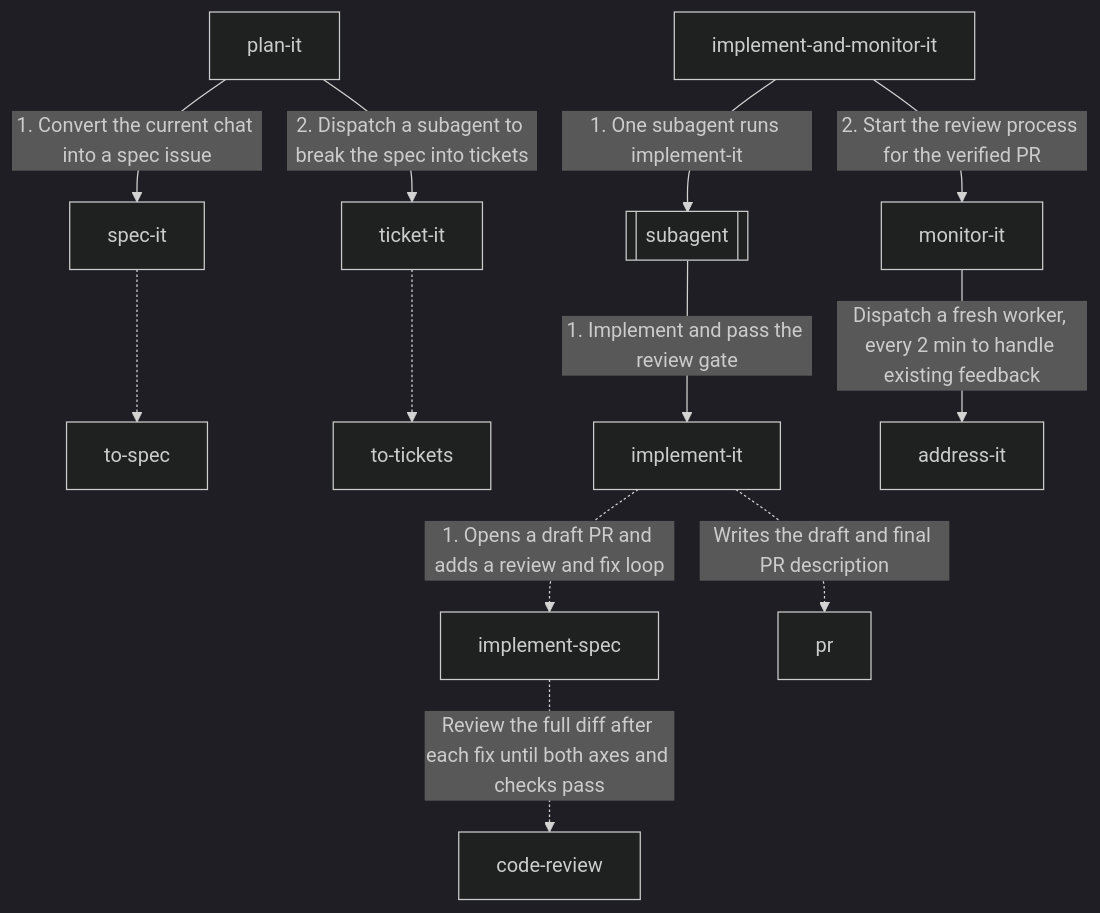
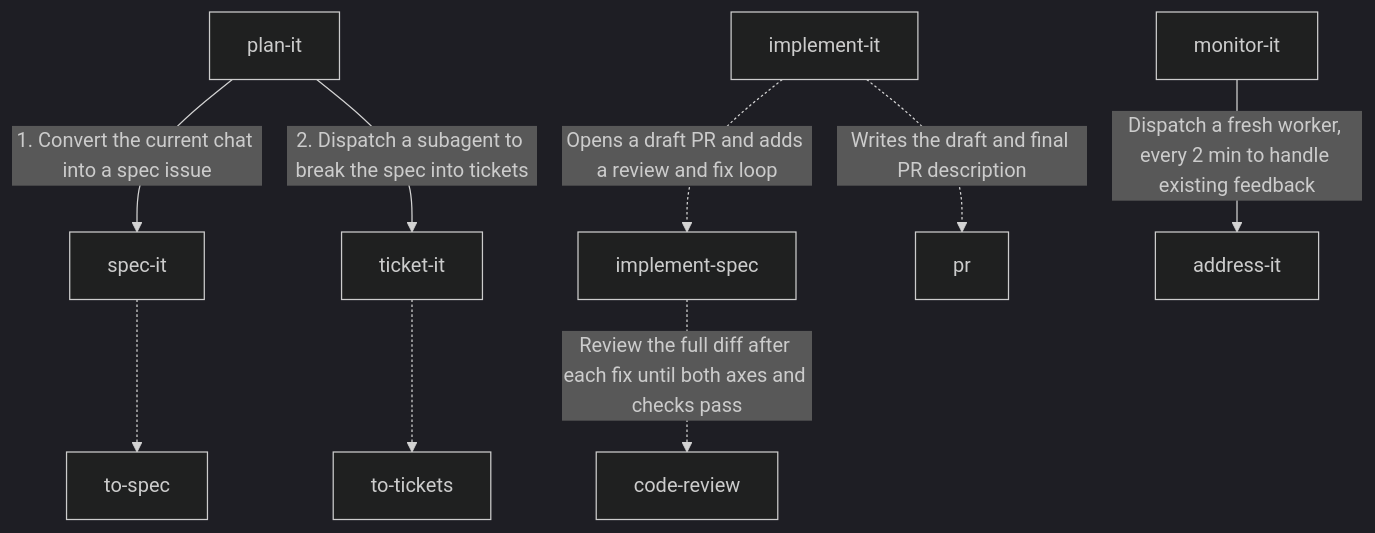
One commit to goncalvesjoao/ship-it changed the diagram in README.md. Above: the diagram before and after it, drawn with Mermaid (dark theme). The commit also changed other lines of this file and 3 other files, not shown here.

Commit message:
Removing implement-and-monitor-it skill

````diff
--- a/README.md
+++ b/README.md
@@ -101,16 +95,12 @@
 ```mermaid
 flowchart TD
     planIt["plan-it"] -->|1. Convert the current chat into a spec issue| specIt
     planIt -->|2. Dispatch a subagent to break the spec into tickets| ticketIt
     specIt["spec-it"] -.-> toSpec["to-spec"]
     ticketIt["ticket-it"] -.-> toTickets["to-tickets"]
 
-    deliver["implement-and-monitor-it"] -->|1. One subagent runs implement-it| implementWorker[["subagent"]]
-    implementWorker -->|1. Implement and pass the review gate| implementation["implement-it"]
-    deliver -->|2. Start the review process for the verified PR| monitor["monitor-it"]
-
-    implementation -.->|1. Opens a draft PR and adds a review and fix loop| implementSpec["implement-spec"]
+    implementation["implement-it"] -.->|Opens a draft PR and adds a review and fix loop| implementSpec["implement-spec"]
     implementSpec -.->|Review the full diff after each fix until both axes and checks pass| codeReview["code-review"]
     implementation -.->|Writes the draft and final PR description| pr["pr"]
-    monitor -->|Dispatch a fresh worker, every 2 min to handle existing feedback| address["address-it"]
+    monitor["monitor-it"] -->|Dispatch a fresh worker, every 2 min to handle existing feedback| address["address-it"]
 ```
````
